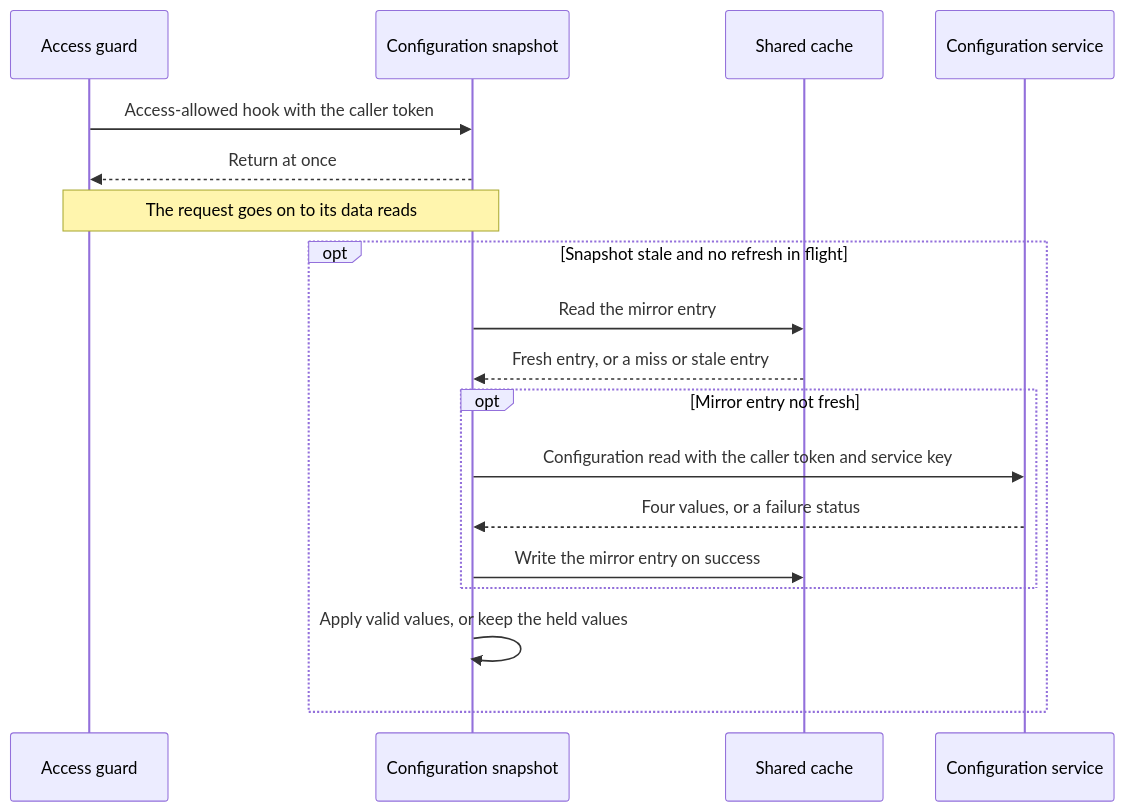
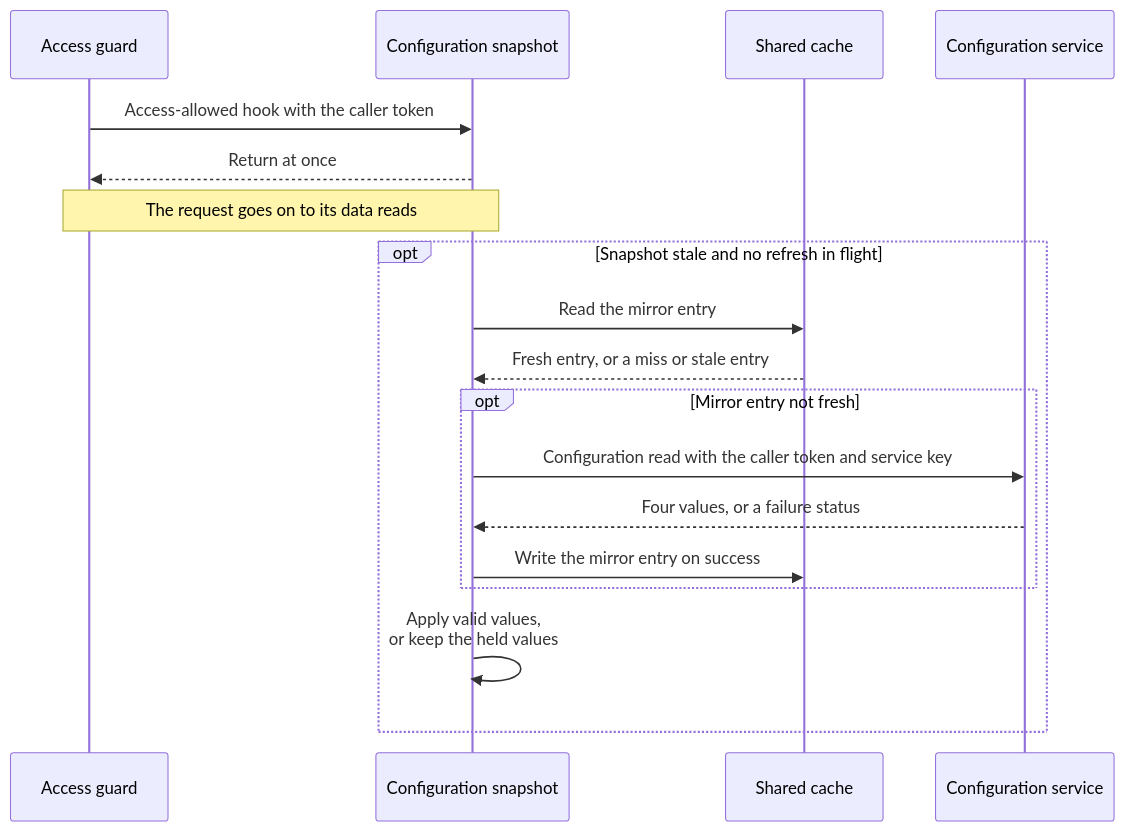
Before and after one commit to blitzy-public-samples/aws-carddemo-blitzy: the diagram in docs/backlog/epics/CS-11-config-service-integration/stories/CS-11-006-config-client-with-cached-values-and-built-in-defaults.md, drawn with Mermaid. The commit also changed 5 other files, not shown here.

````diff
--- a/docs/backlog/epics/CS-11-config-service-integration/stories/CS-11-006-config-client-with-cached-values-and-built-in-defaults.md
+++ b/docs/backlog/epics/CS-11-config-service-integration/stories/CS-11-006-config-client-with-cached-values-and-built-in-defaults.md
@@ -163,20 +163,20 @@
 ```mermaid
 sequenceDiagram
     participant Guard as Access guard
     participant Snapshot as Configuration snapshot
     participant Cache as Shared cache
     participant Config as Configuration service
     Guard->>Snapshot: Access-allowed hook with the caller token
     Snapshot-->>Guard: Return at once
     Note over Guard,Snapshot: The request goes on to its data reads
     opt Snapshot stale and no refresh in flight
         Snapshot->>Cache: Read the mirror entry
         Cache-->>Snapshot: Fresh entry, or a miss or stale entry
         opt Mirror entry not fresh
             Snapshot->>Config: Configuration read with the caller token and service key
             Config-->>Snapshot: Four values, or a failure status
             Snapshot->>Cache: Write the mirror entry on success
         end
-        Snapshot->>Snapshot: Apply valid values, or keep the held values
+        Snapshot->>Snapshot: Apply valid values,<br/>or keep the held values
     end
 ```
````
